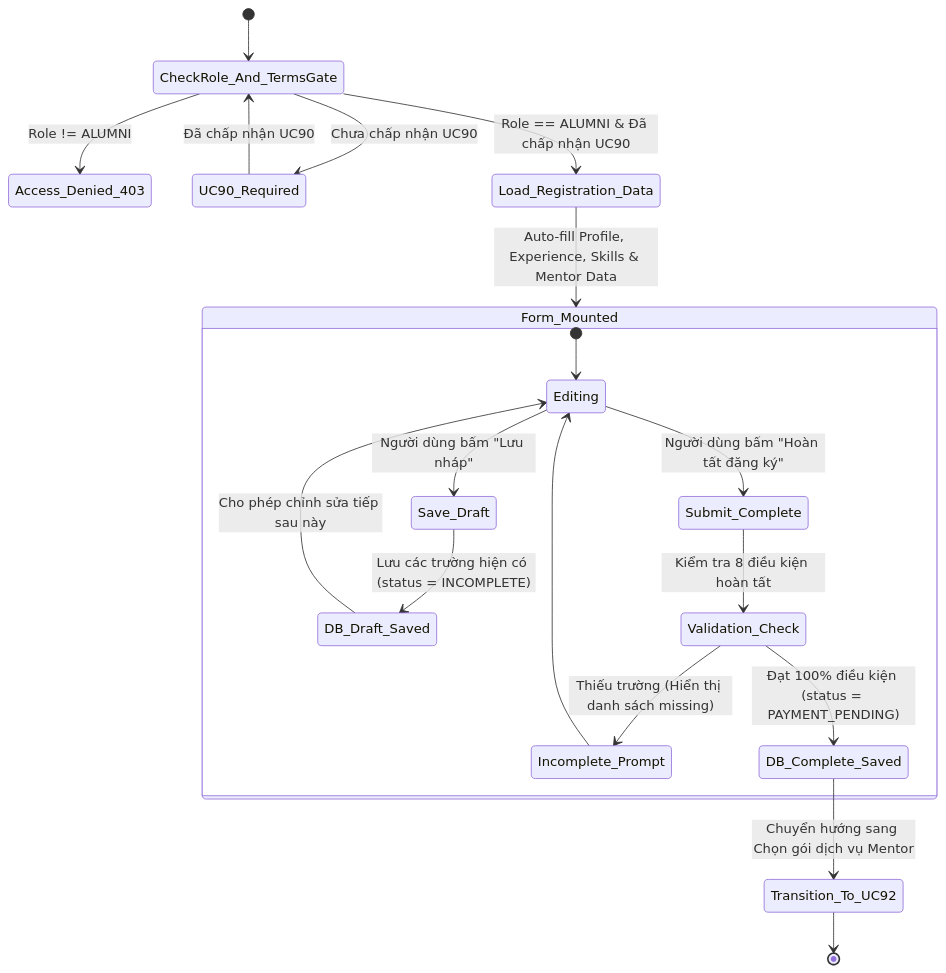
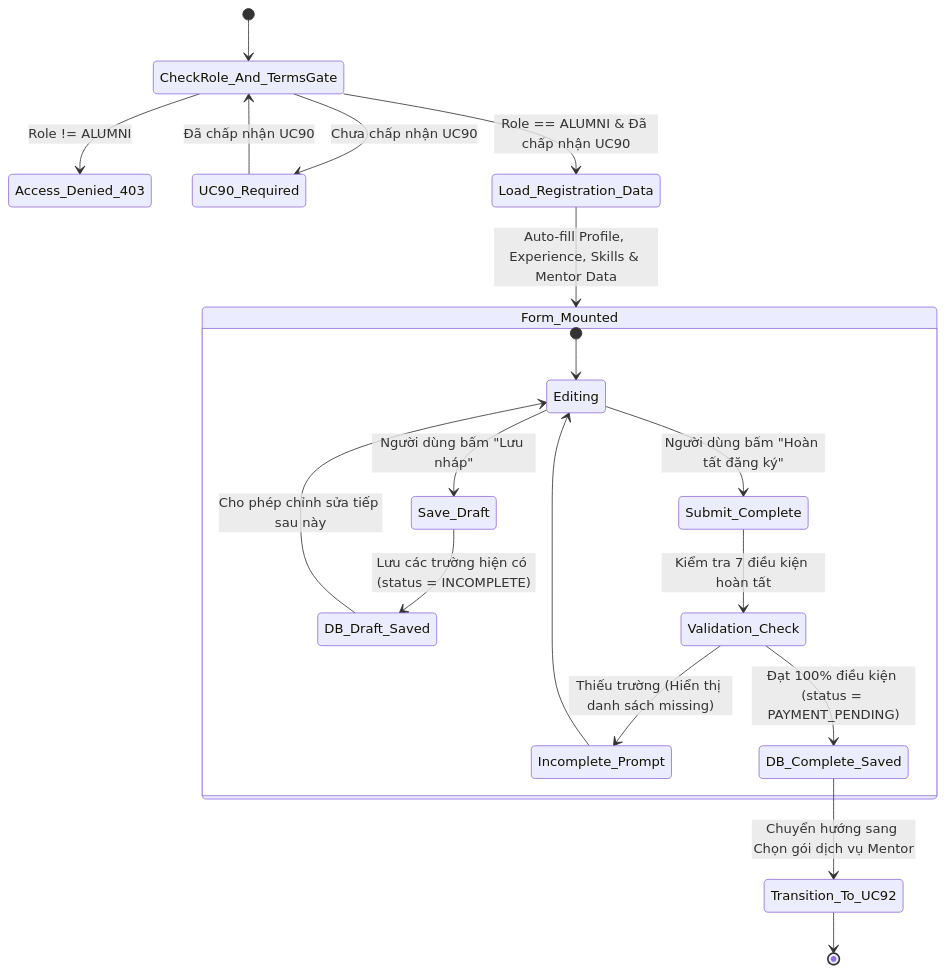
The first of 3 diagrams in docs/update_SRS/SRS_UC_91_Register_As_Mentor.md (Alumnect/Alumnect), drawn with Mermaid before and after one commit. The commit also changed other lines of this file and 57 other files, not shown here.

````diff
--- a/docs/update_SRS/SRS_UC_91_Register_As_Mentor.md
+++ b/docs/update_SRS/SRS_UC_91_Register_As_Mentor.md
@@ -9,27 +9,27 @@
 ```mermaid
 stateDiagram-v2
     [*] --> CheckRole_And_TermsGate
     CheckRole_And_TermsGate --> Access_Denied_403 : Role != ALUMNI
     CheckRole_And_TermsGate --> UC90_Required : Chưa chấp nhận UC90
     UC90_Required --> CheckRole_And_TermsGate : Đã chấp nhận UC90
 
     CheckRole_And_TermsGate --> Load_Registration_Data : Role == ALUMNI & Đã chấp nhận UC90
     Load_Registration_Data --> Form_Mounted : Auto-fill Profile, Experience, Skills & Mentor Data
 
     state Form_Mounted {
         [*] --> Editing
         Editing --> Save_Draft : Người dùng bấm "Lưu nháp"
         Save_Draft --> DB_Draft_Saved : Lưu các trường hiện có (status = INCOMPLETE)
         DB_Draft_Saved --> Editing : Cho phép chỉnh sửa tiếp sau này
 
         Editing --> Submit_Complete : Người dùng bấm "Hoàn tất đăng ký"
-        Submit_Complete --> Validation_Check : Kiểm tra 8 điều kiện hoàn tất
+        Submit_Complete --> Validation_Check : Kiểm tra 7 điều kiện hoàn tất
         Validation_Check --> Incomplete_Prompt : Thiếu trường (Hiển thị danh sách missing)
         Incomplete_Prompt --> Editing
 
         Validation_Check --> DB_Complete_Saved : Đạt 100% điều kiện (status = PAYMENT_PENDING)
     }
 
     DB_Complete_Saved --> Transition_To_UC92 : Chuyển hướng sang Chọn gói dịch vụ Mentor
     Transition_To_UC92 --> [*]
 ```
````
